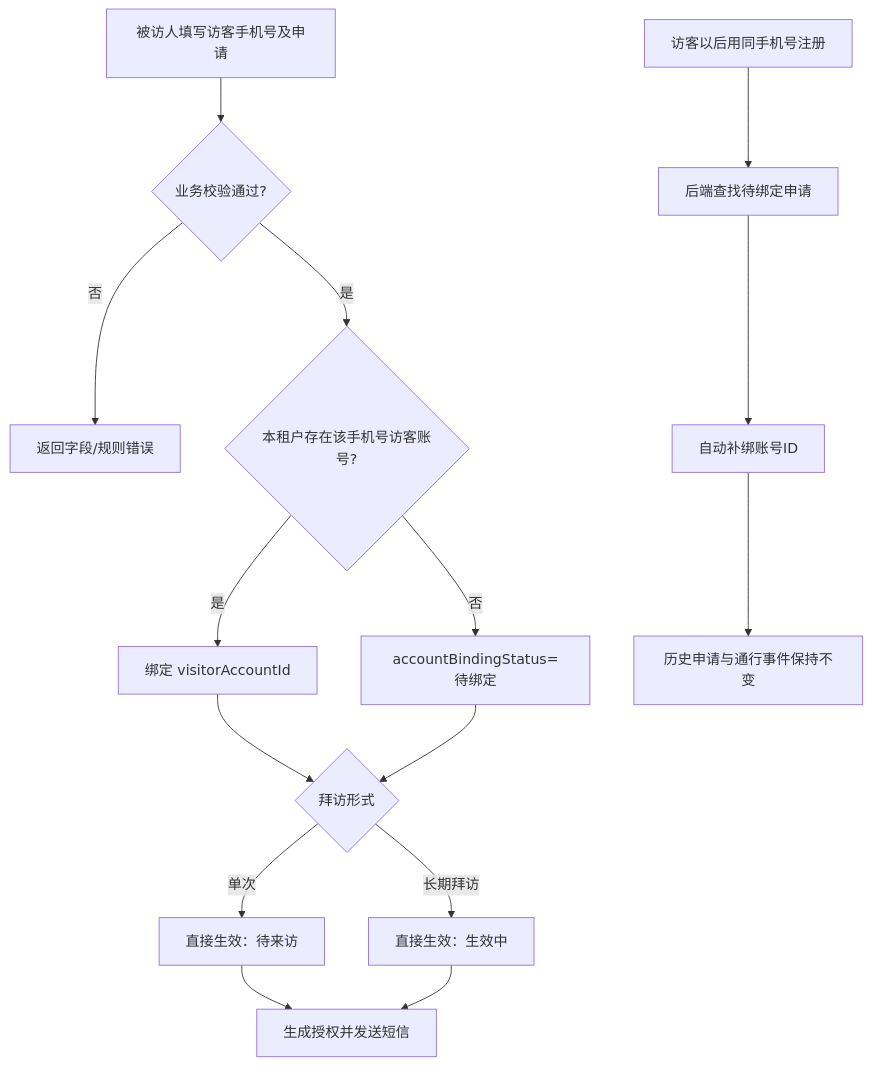
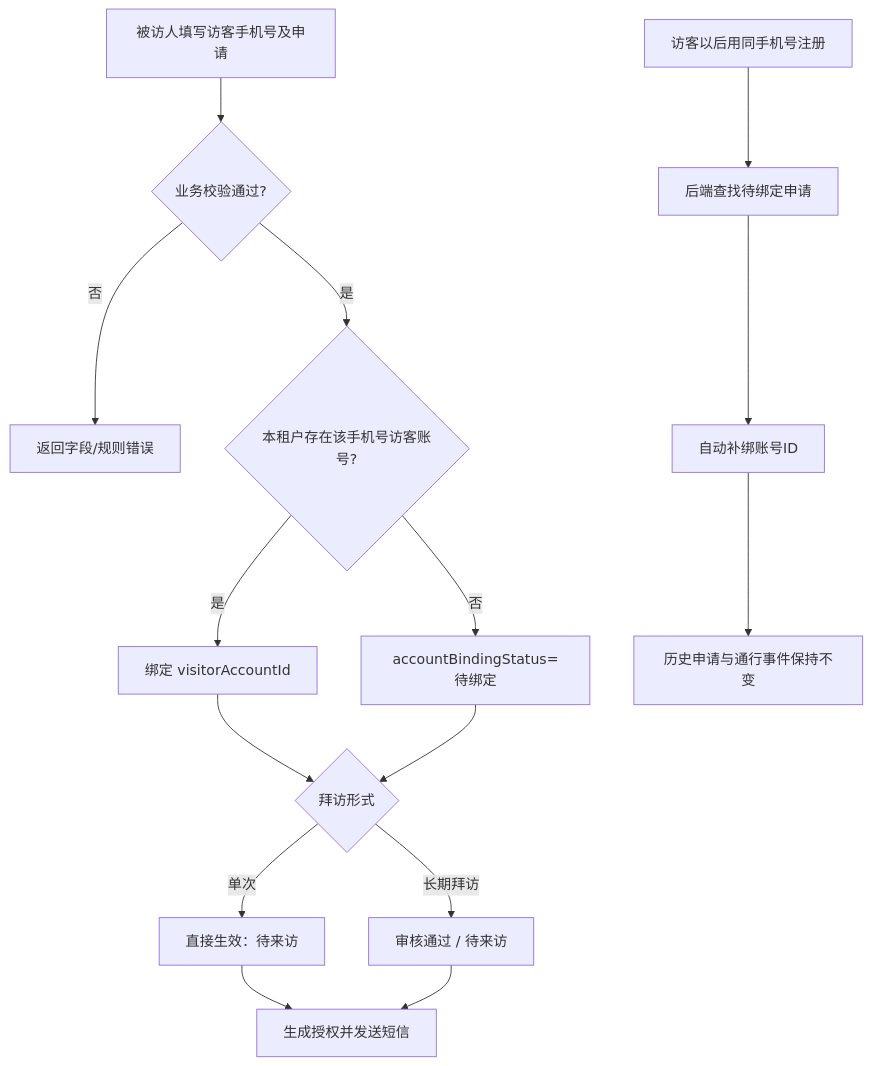
The fourth of 7 diagrams in docs/integration/02-核心业务流程.md (tangxiaochen755-droid/visitor-phase1-visual-blue), drawn with Mermaid before and after one commit. The commit also changed other lines of this file and 11 other files, not shown here.

````diff
--- a/docs/integration/02-核心业务流程.md
+++ b/docs/integration/02-核心业务流程.md
@@ -69,17 +69,17 @@
 ```mermaid
 flowchart TD
   A[被访人填写访客手机号及申请] --> B{业务校验通过?}
   B -- 否 --> X[返回字段/规则错误]
   B -- 是 --> C{本租户存在该手机号访客账号?}
   C -- 是 --> D[绑定 visitorAccountId]
   C -- 否 --> E[accountBindingStatus=待绑定]
   D --> F{拜访形式}
   E --> F
   F -- 单次 --> G[直接生效：待来访]
-  F -- 长期拜访 --> H[直接生效：生效中]
+  F -- 长期拜访 --> H[审核通过 / 待来访]
   G --> I[生成授权并发送短信]
   H --> I
   J[访客以后用同手机号注册] --> K[后端查找待绑定申请]
   K --> L[自动补绑账号ID]
   L --> M[历史申请与通行事件保持不变]
 ```
````
